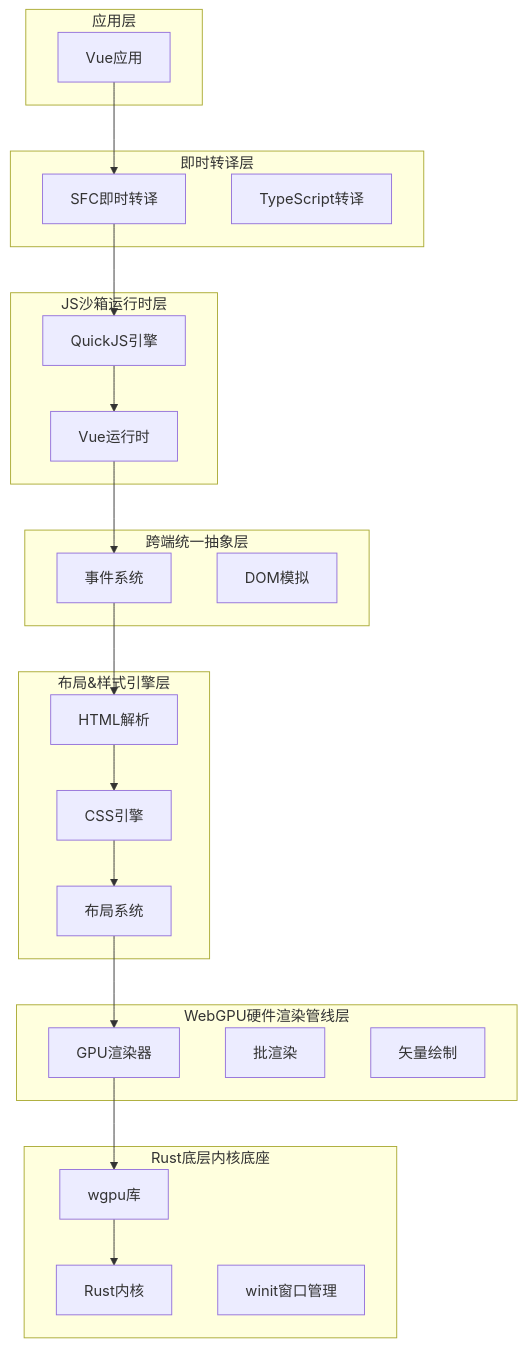
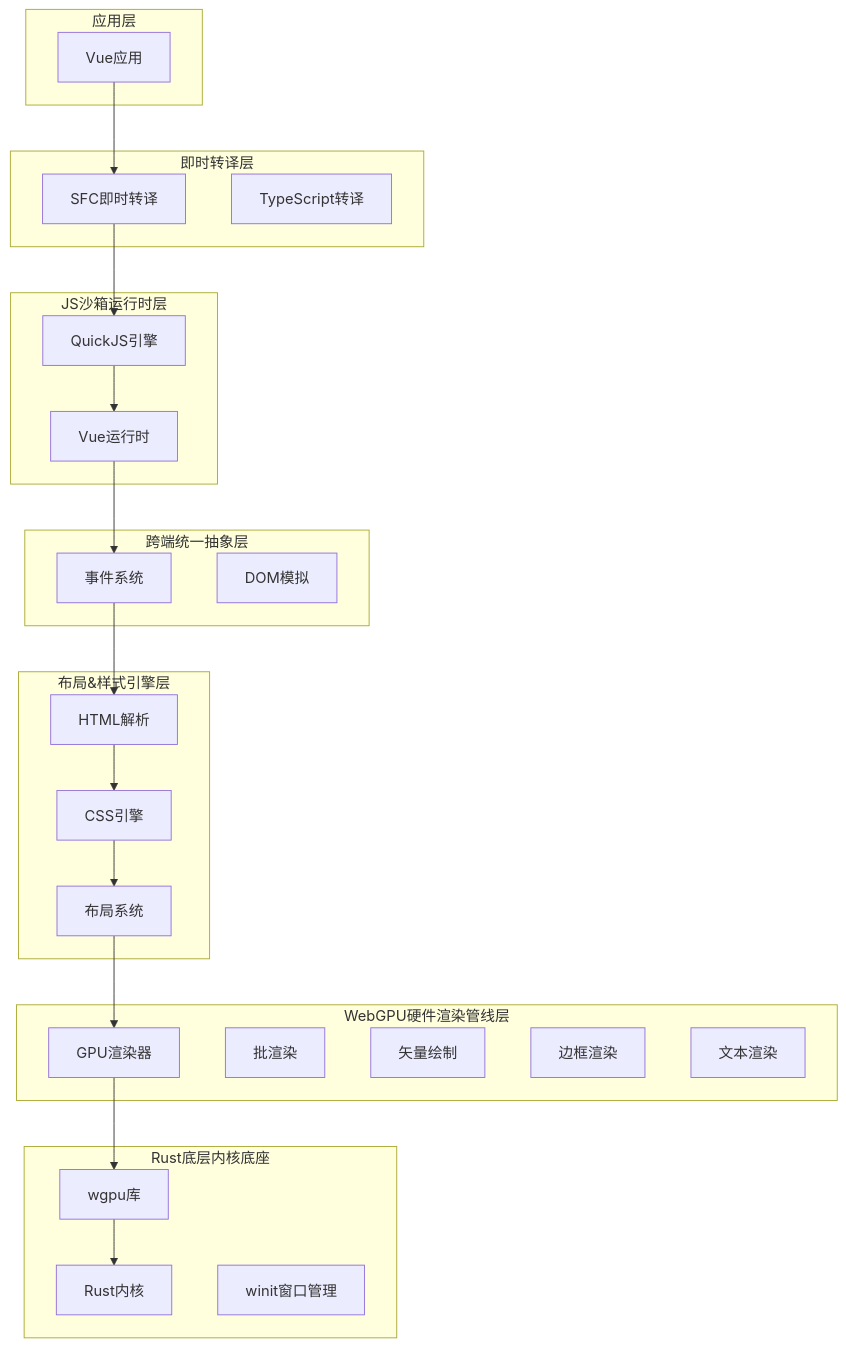
The first of 32 diagrams in .qoder/repowiki/zh/content/技术架构详解/WebGPU渲染引擎/WebGPU渲染引擎.md (itszzl-sudo/iris), drawn with Mermaid before and after one commit. The commit also changed other lines of this file and 4 other files, not shown here.

````diff
--- a/.qoder/repowiki/zh/content/技术架构详解/WebGPU渲染引擎/WebGPU渲染引擎.md
+++ b/.qoder/repowiki/zh/content/技术架构详解/WebGPU渲染引擎/WebGPU渲染引擎.md
@@ -47,43 +50,45 @@
 ```mermaid
 graph TB
 subgraph "应用层"
 App[Vue应用]
 end
 subgraph "即时转译层"
 SFC[SFC即时转译]
 TS[TypeScript转译]
 end
 subgraph "JS沙箱运行时层"
 QJS[QuickJS引擎]
 Runtime[Vue运行时]
 end
 subgraph "跨端统一抽象层"
 Events[事件系统]
 BOM[DOM模拟]
 end
 subgraph "布局&样式引擎层"
 HTML[HTML解析]
 CSS[CSS引擎]
 Layout[布局系统]
 end
 subgraph "WebGPU硬件渲染管线层"
 GPURenderer[GPU渲染器]
 Batch[批渲染]
 Vector[矢量绘制]
+Border[边框渲染]
+Text[文本渲染]
 end
 subgraph "Rust底层内核底座"
 Kernel[Rust内核]
 WGPU[wgpu库]
 Winit[winit窗口管理]
 end
 App --> SFC
 SFC --> QJS
 QJS --> Runtime
 Runtime --> Events
 Events --> HTML
 HTML --> CSS
 CSS --> Layout
 Layout --> GPURenderer
 GPURenderer --> WGPU
 WGPU --> Kernel
 ```
````
